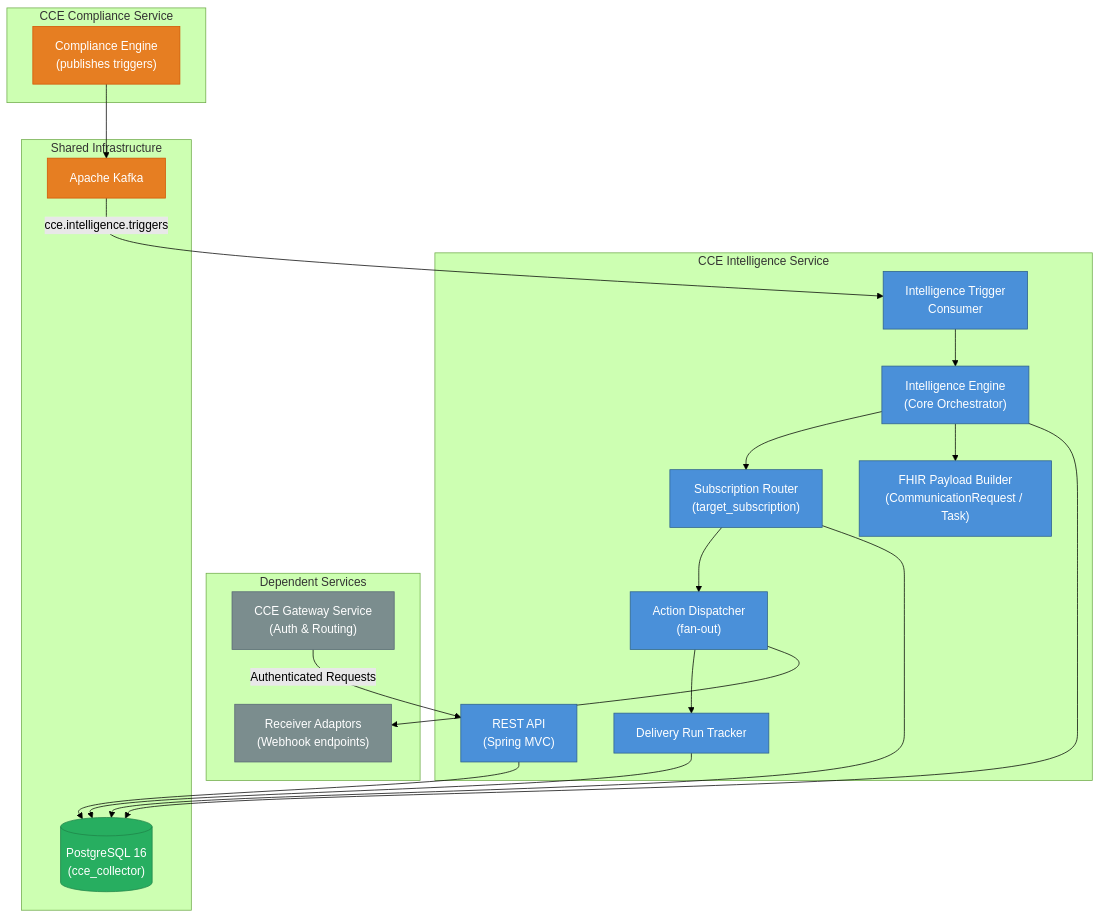
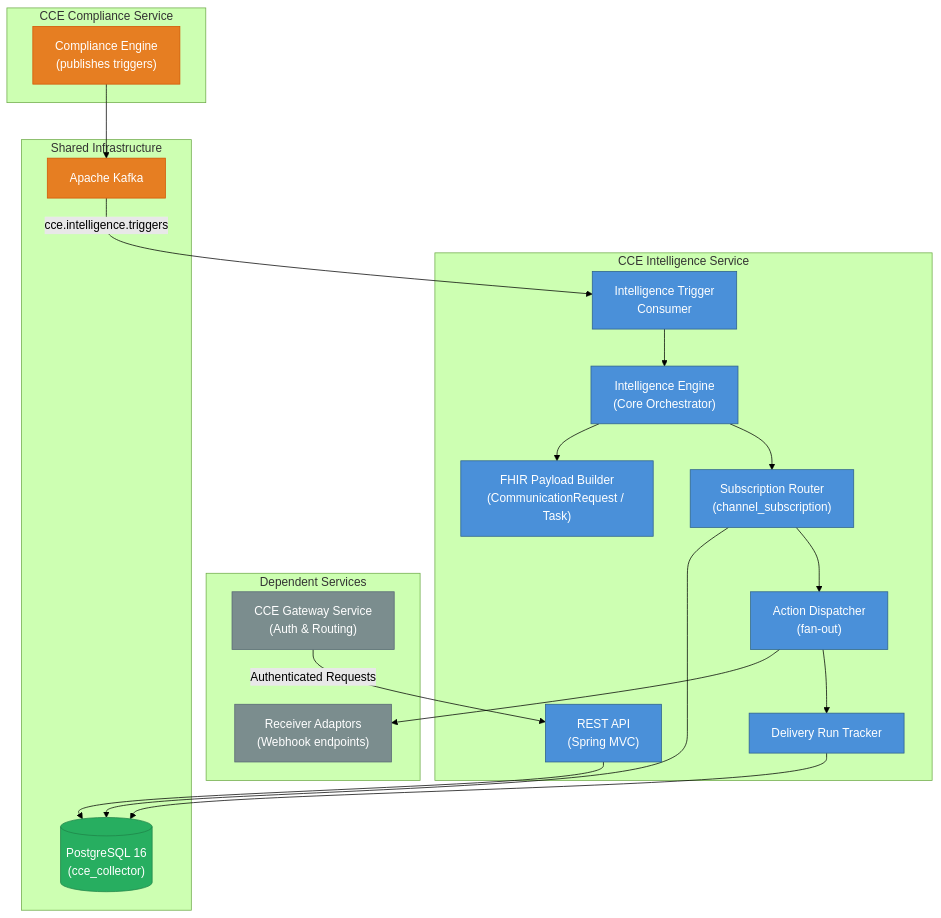
One commit to Jayaprakash8887/cce-intelligence-service changed the first of 6 diagrams in docs/architecture-overview.md. Above: the diagram before and after it, drawn with Mermaid (forest theme). The commit also changed other lines of this file and 6 other files, not shown here.

Commit message:
documentation update with channel instead of target and FHIR rep of receiver adaptors

````diff
--- a/docs/architecture-overview.md
+++ b/docs/architecture-overview.md
@@ -9,50 +9,49 @@
 ```mermaid
 graph TB
     subgraph Dependent Services
         GATEWAY["CCE Gateway Service<br/>(Auth & Routing)"]
         RECEIVER_WH["Receiver Adaptors<br/>(Webhook endpoints)"]
     end
 
     subgraph CCE Intelligence Service
         CONSUMER["Intelligence Trigger<br/>Consumer"]
         ENGINE["Intelligence Engine<br/>(Core Orchestrator)"]
         BUILDER["FHIR Payload Builder<br/>(CommunicationRequest / Task)"]
-        ROUTER["Subscription Router<br/>(target_subscription)"]
+        ROUTER["Subscription Router<br/>(channel_subscription)"]
         DISPATCHER["Action Dispatcher<br/>(fan-out)"]
         TRACKER["Delivery Run Tracker"]
         API["REST API<br/>(Spring MVC)"]
     end
 
     subgraph Shared Infrastructure
         DB[("PostgreSQL 16<br/>(cce_collector)")]
         KAFKA["Apache Kafka"]
     end
 
     subgraph CCE Compliance Service
         COMPLIANCE["Compliance Engine<br/>(publishes triggers)"]
     end
 
     COMPLIANCE --> KAFKA
     KAFKA -->|"cce.intelligence.triggers"| CONSUMER
     CONSUMER --> ENGINE
-    ENGINE --> DB
     ENGINE --> BUILDER
     ENGINE --> ROUTER
     ROUTER --> DB
     ROUTER --> DISPATCHER
     DISPATCHER --> RECEIVER_WH
     DISPATCHER --> TRACKER
     TRACKER --> DB
     API --> DB
     GATEWAY -->|"Authenticated Requests"| API
 
     classDef service fill:#4A90D9,stroke:#2C5F8A,color:white
     classDef external fill:#7B8D8E,stroke:#566573,color:white
     classDef data fill:#27AE60,stroke:#1E8449,color:white
     classDef broker fill:#E67E22,stroke:#D35400,color:white
 
     class CONSUMER,ENGINE,BUILDER,ROUTER,DISPATCHER,TRACKER,API service
     class GATEWAY,RECEIVER_WH external
     class DB data
     class KAFKA,COMPLIANCE broker
 ```
````
